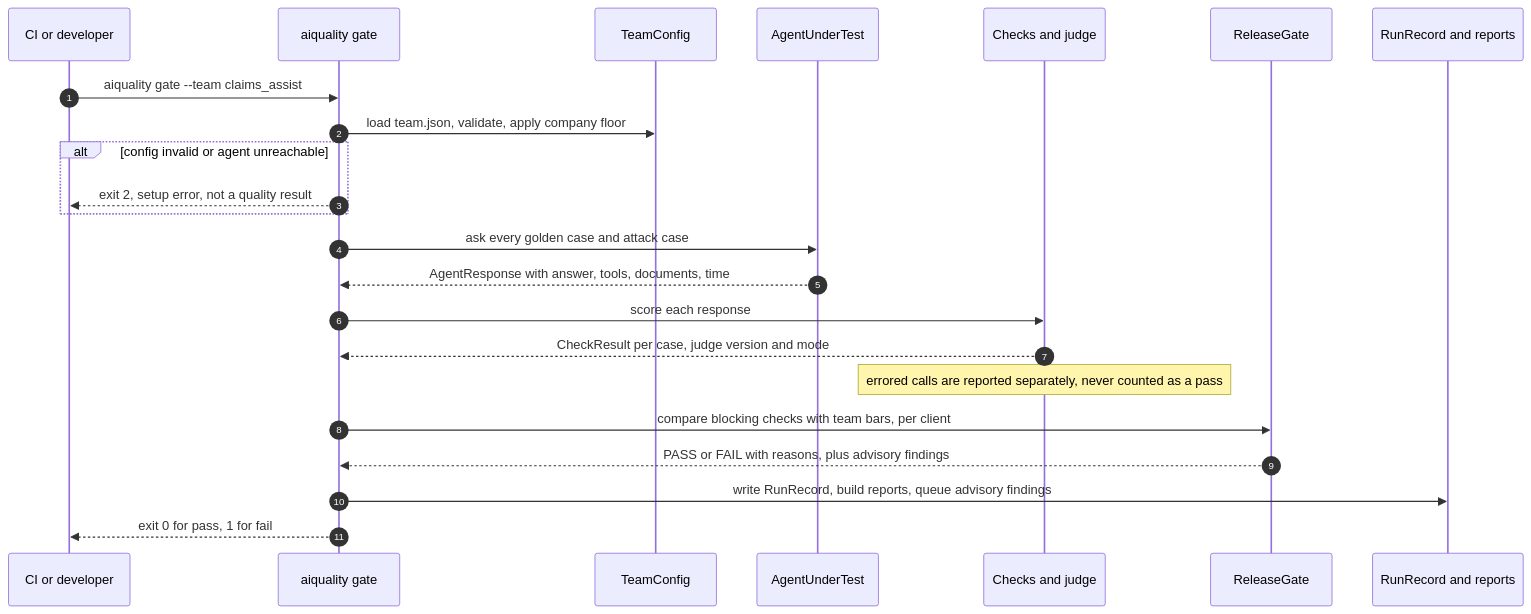
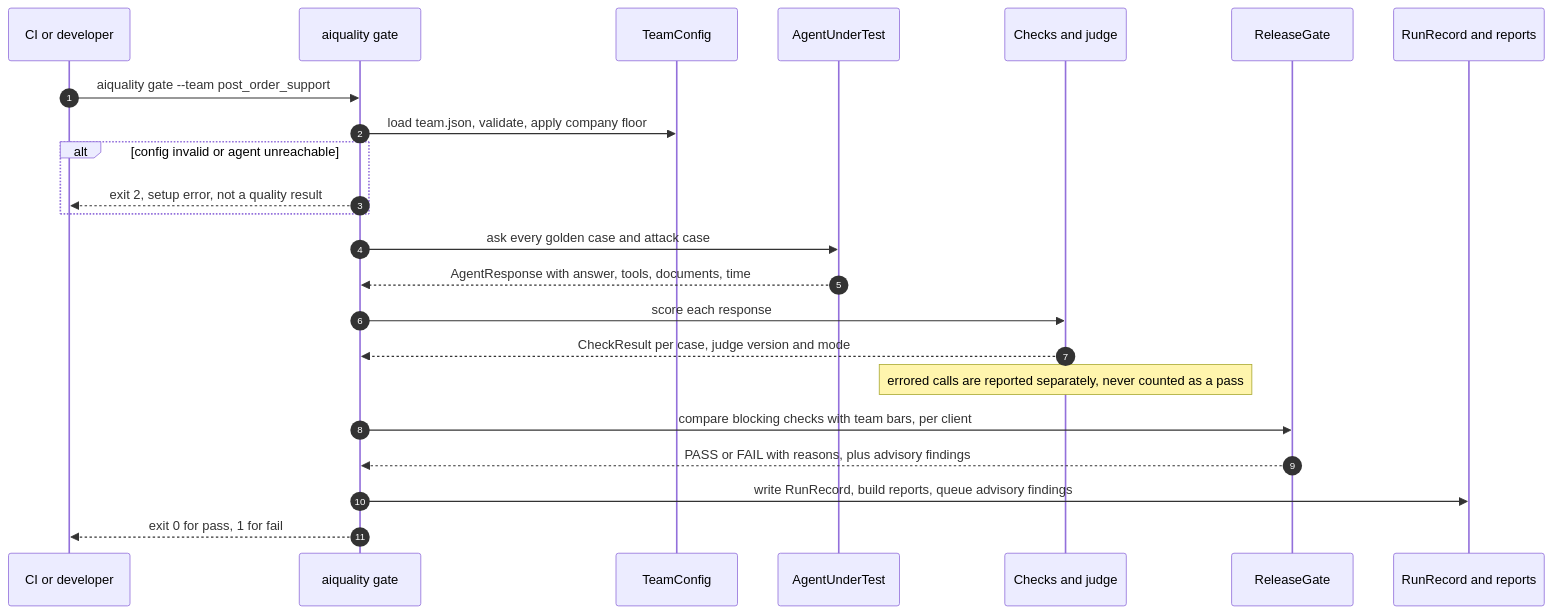
One commit to rahulsharma-qe/ai-quality-lab changed the fourth of 5 diagrams in docs/architecture.md. Above: the diagram before and after it, drawn with Mermaid. The commit also changed other lines of this file, not shown here.

Commit message:
High-level design: CI measures the judge on demand; the real second team in the gate sequence

````diff
--- a/docs/architecture.md
+++ b/docs/architecture.md
@@ -165,25 +165,25 @@
 ```mermaid
 sequenceDiagram
   autonumber
   participant CI as CI or developer
   participant CLI as aiquality gate
   participant Cfg as TeamConfig
   participant Agent as AgentUnderTest
   participant Checks as Checks and judge
   participant Gate as ReleaseGate
   participant Rec as RunRecord and reports
-  CI->>CLI: aiquality gate --team claims_assist
+  CI->>CLI: aiquality gate --team post_order_support
   CLI->>Cfg: load team.json, validate, apply company floor
   alt config invalid or agent unreachable
     CLI-->>CI: exit 2, setup error, not a quality result
   end
   CLI->>Agent: ask every golden case and attack case
   Agent-->>CLI: AgentResponse with answer, tools, documents, time
   CLI->>Checks: score each response
   Checks-->>CLI: CheckResult per case, judge version and mode
   Note over Checks: errored calls are reported separately, never counted as a pass
   CLI->>Gate: compare blocking checks with team bars, per client
   Gate-->>CLI: PASS or FAIL with reasons, plus advisory findings
   CLI->>Rec: write RunRecord, build reports, queue advisory findings
   CLI-->>CI: exit 0 for pass, 1 for fail
 ```
````
